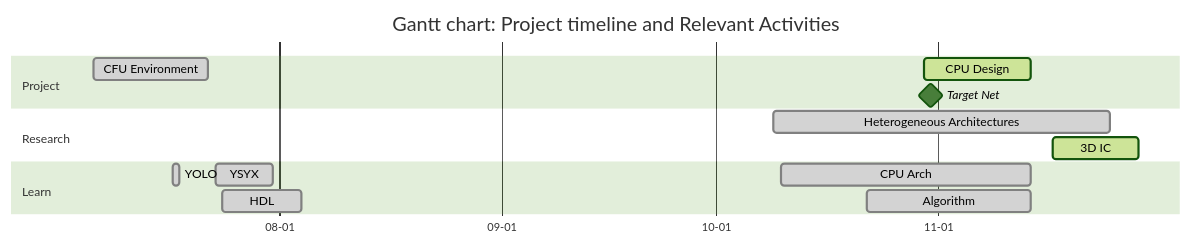
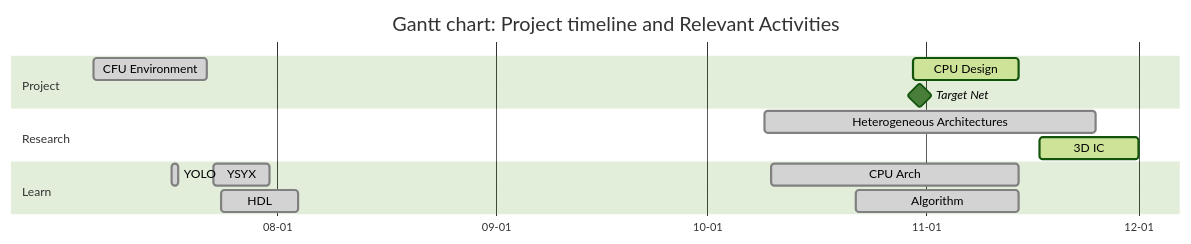
Before and after one commit to Marcobisky/Marcobisky.github.io: the first of 2 diagrams in tinyml/index.qmd, drawn with Mermaid (forest theme). The commit also changed 10 other files, not shown here.

````diff
--- a/tinyml/index.qmd
+++ b/tinyml/index.qmd
@@ -48,32 +48,32 @@
 ```{mermaid}
 ---
 displayMode: compact
 ---
 %%| label: fig-timeline
 %%| fig-cap: "Gantt Chart"
 %%| fig-width: 10
 %%| fig-height: 6
 
 gantt
     title Gantt chart: Project timeline and Relevant Activities
     dateFormat  YYYY-MM-DD
     axisFormat  %m-%d
     tickInterval 14d
 
     section Project
         CFU Environment :done, 2025-07-06, 2025-07-22
         Target Net :milestone, 2025-10-31, 0d
         CPU Design :active, 2025-10-30, 2025-11-14
 
     section Research
         Heterogeneous Architectures :done, 2025-10-09, 2025-11-25
-        3D IC :active, 2025-11-17, 2025-11-29
+        3D IC :active, 2025-11-17, 2025-12-01
 
     section Learn
         YSYX :done, 2025-07-23, 2025-07-31
         HDL :done, 2025-07-24, 2025-08-04
         YOLO :done, 2025-07-17, 1d
         CPU Arch :done, 2025-10-10, 2025-11-14
         Algorithm :done, 2025-10-22, 2025-11-14
 
 ```
````
